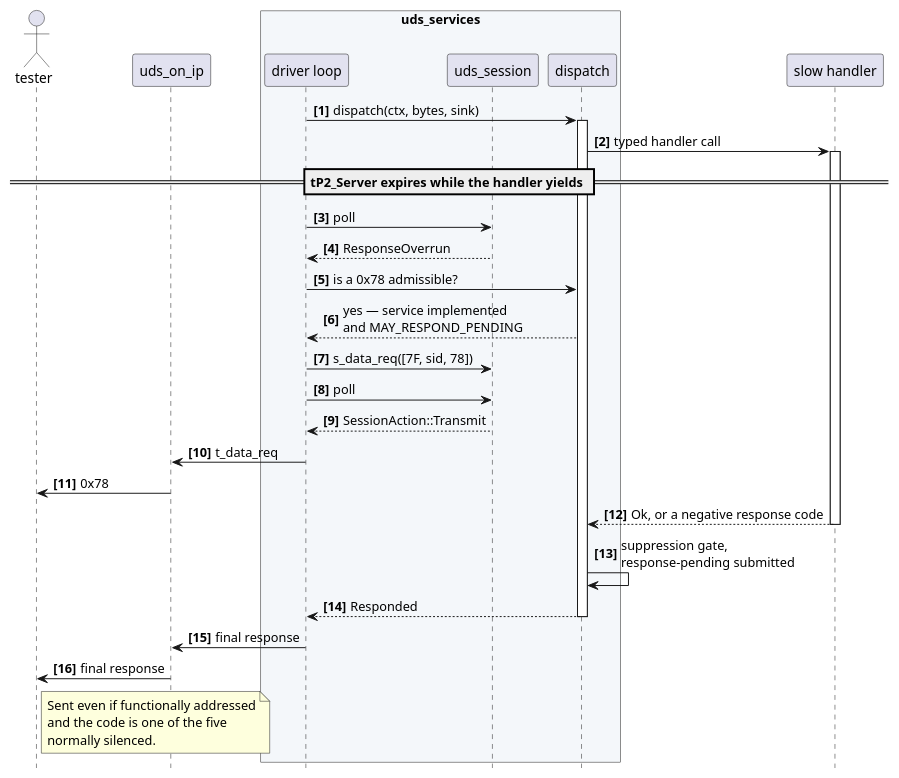
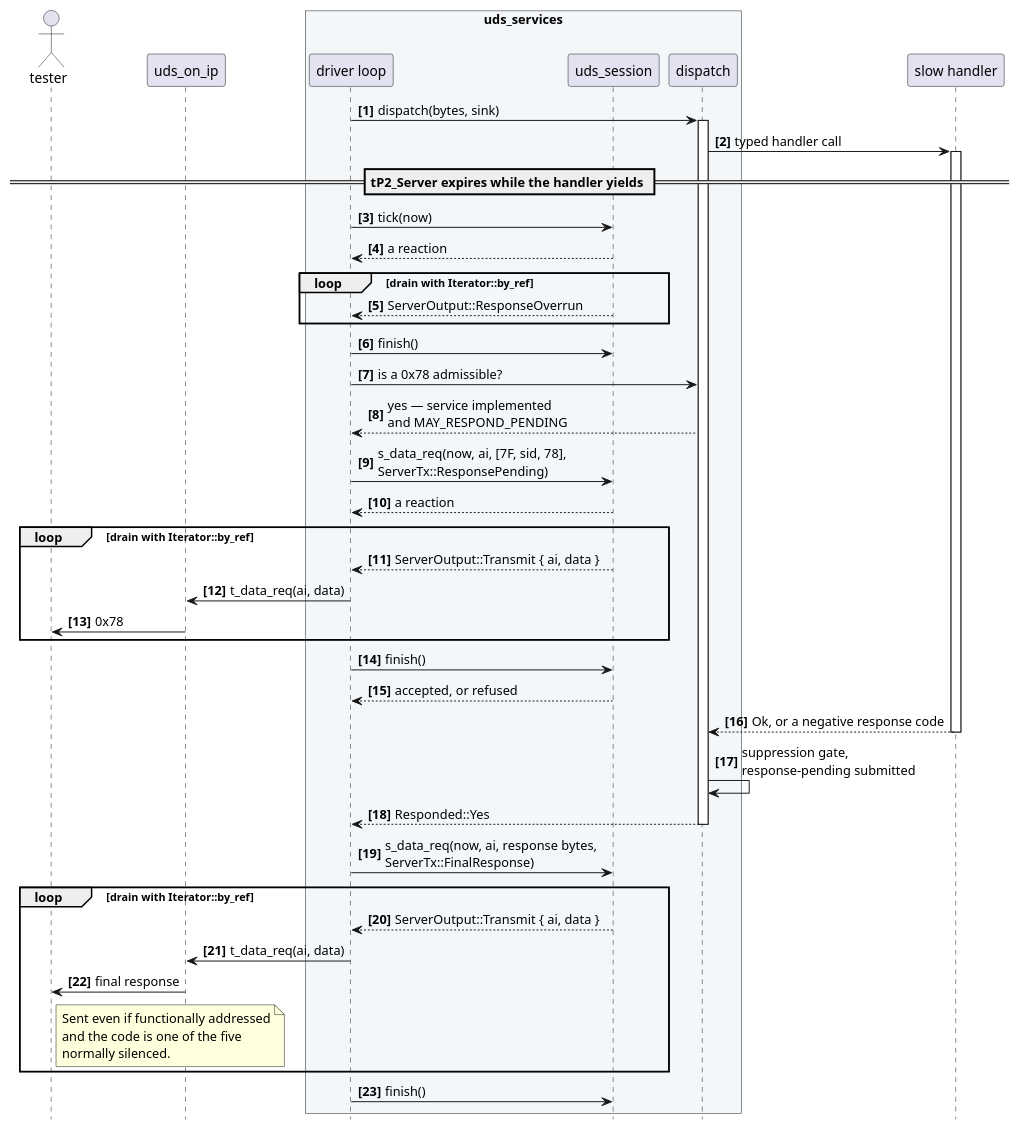
The diagram in crates/uds_services/docs/architecture/not-owned.rst (luminartech/uds_stack), drawn with PlantUML before and after one commit. The commit also changed other lines of this file and 4 other files, not shown here.

```diff
--- a/crates/uds_services/docs/architecture/not-owned.rst
+++ b/crates/uds_services/docs/architecture/not-owned.rst
@@ -82,48 +82,61 @@
 .. uml::
    :align: center
    :caption: A handler that outruns ``tP2_Server``. The handler yielding is what lets the
-             driver reach step 4 at all.
+             driver observe the overrun at all.
 
    @startuml
    autonumber "<b>[0]"
    hide footbox
 
    actor tester as T
    participant "uds_on_ip" as I
    box "uds_services" #F4F7FA
      participant "driver loop" as L
      participant "uds_session" as S
      participant "dispatch" as V
    end box
    participant "slow handler" as H
 
-   L -> V : dispatch(ctx, bytes, sink)
+   L -> V : dispatch(bytes, sink)
    activate V
    V -> H : typed handler call
    activate H
 
    == tP2_Server expires while the handler yields ==
 
-   L -> S : poll
-   S --> L : ResponseOverrun
+   L -> S : tick(now)
+   S --> L : a reaction
+   loop drain with Iterator::by_ref
+     S --> L : ServerOutput::ResponseOverrun
+   end
+   L -> S : finish()
    L -> V : is a 0x78 admissible?
    V --> L : yes — service implemented\nand MAY_RESPOND_PENDING
-   L -> S : s_data_req([7F, sid, 78])
-   L -> S : poll
-   S --> L : SessionAction::Transmit
-   L -> I : t_data_req
-   I -> T : 0x78
+   L -> S : s_data_req(now, ai, [7F, sid, 78],\nServerTx::ResponsePending)
+   S --> L : a reaction
+   loop drain with Iterator::by_ref
+     S --> L : ServerOutput::Transmit { ai, data }
+     L -> I : t_data_req(ai, data)
+     I -> T : 0x78
+   end
+   L -> S : finish()
+   S --> L : accepted, or refused
 
    H --> V : Ok, or a negative response code
    deactivate H
    V -> V : suppression gate,\nresponse-pending submitted
-   V --> L : Responded
+   V --> L : Responded::Yes
    deactivate V
-   L -> I : final response
-   I -> T : final response
-   note right of T
-     Sent even if functionally addressed
-     and the code is one of the five
-     normally silenced.
-   end note
+   L -> S : s_data_req(now, ai, response bytes,\nServerTx::FinalResponse)
+   loop drain with Iterator::by_ref
+     S --> L : ServerOutput::Transmit { ai, data }
+     L -> I : t_data_req(ai, data)
+     I -> T : final response
+     note right of T
+       Sent even if functionally addressed
+       and the code is one of the five
+       normally silenced.
+     end note
+   end
+   L -> S : finish()
    @enduml
```
